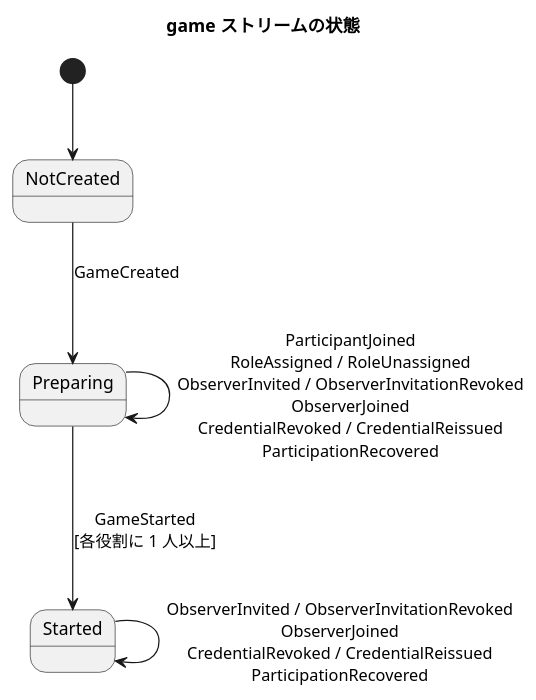
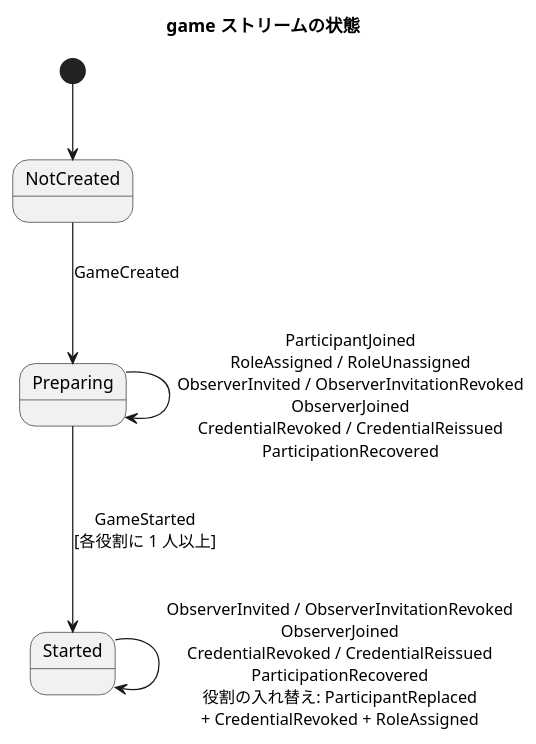
Before and after one commit to k2works/case-study-beer-game-simulation: the third of 4 diagrams in docs/design/beer-game-kotlin/domain-model.md, drawn with PlantUML. The commit also changed other lines of this file and 8 other files, not shown here.

````diff
--- a/docs/design/beer-game-kotlin/domain-model.md
+++ b/docs/design/beer-game-kotlin/domain-model.md
@@ -409,15 +410,15 @@
 ```plantuml
 @startuml
 title game ストリームの状態
 
 state "NotCreated" as G0
 state "Preparing" as G1
 state "Started" as G2
 
 [*] --> G0
 G0 --> G1 : GameCreated
 G1 --> G1 : ParticipantJoined\nRoleAssigned / RoleUnassigned\nObserverInvited / ObserverInvitationRevoked\nObserverJoined\nCredentialRevoked / CredentialReissued\nParticipationRecovered
 G1 --> G2 : GameStarted\n[各役割に 1 人以上]
-G2 --> G2 : ObserverInvited / ObserverInvitationRevoked\nObserverJoined\nCredentialRevoked / CredentialReissued\nParticipationRecovered
+G2 --> G2 : ObserverInvited / ObserverInvitationRevoked\nObserverJoined\nCredentialRevoked / CredentialReissued\nParticipationRecovered\n役割の入れ替え: ParticipantReplaced\n+ CredentialRevoked + RoleAssigned
 @enduml
 ```
````
